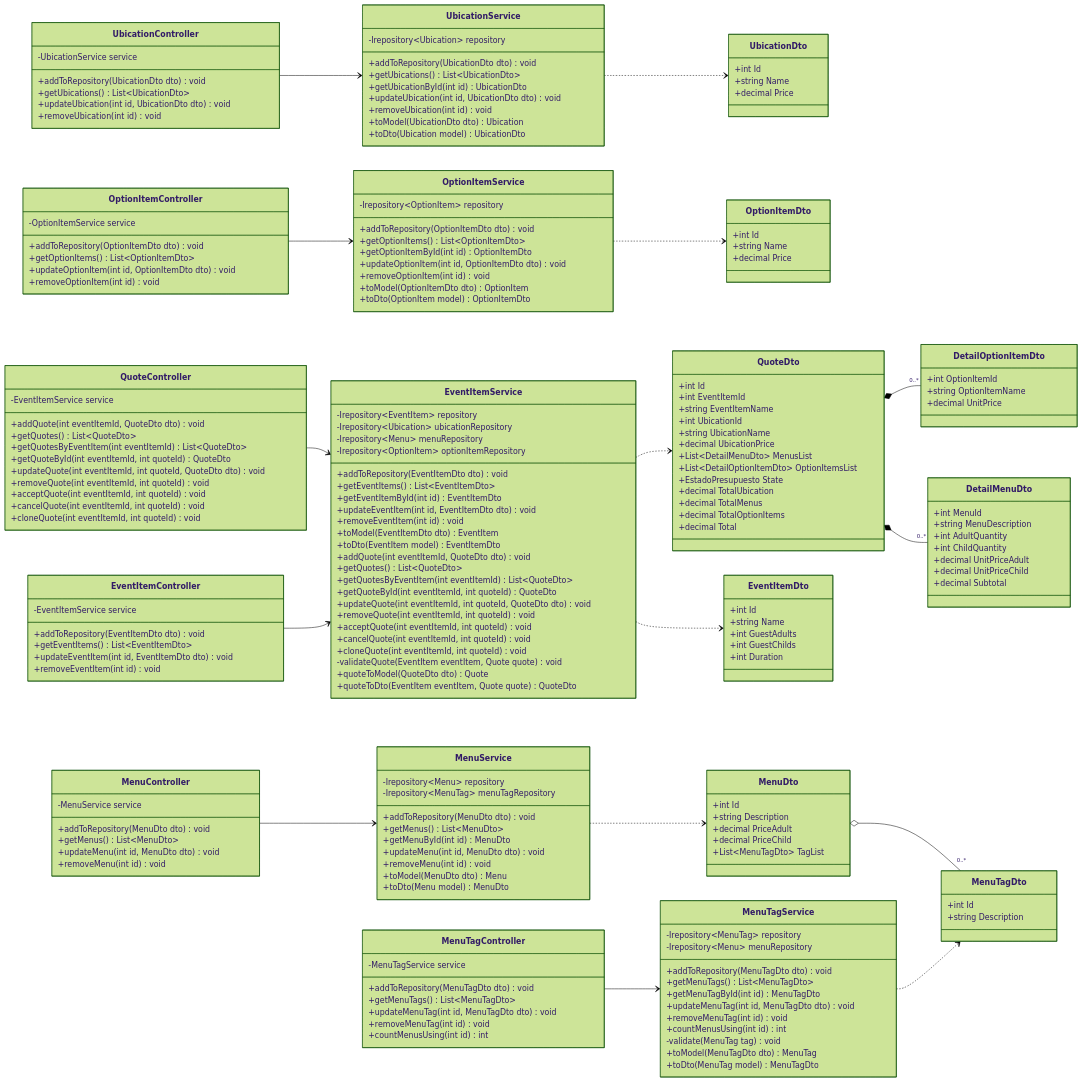
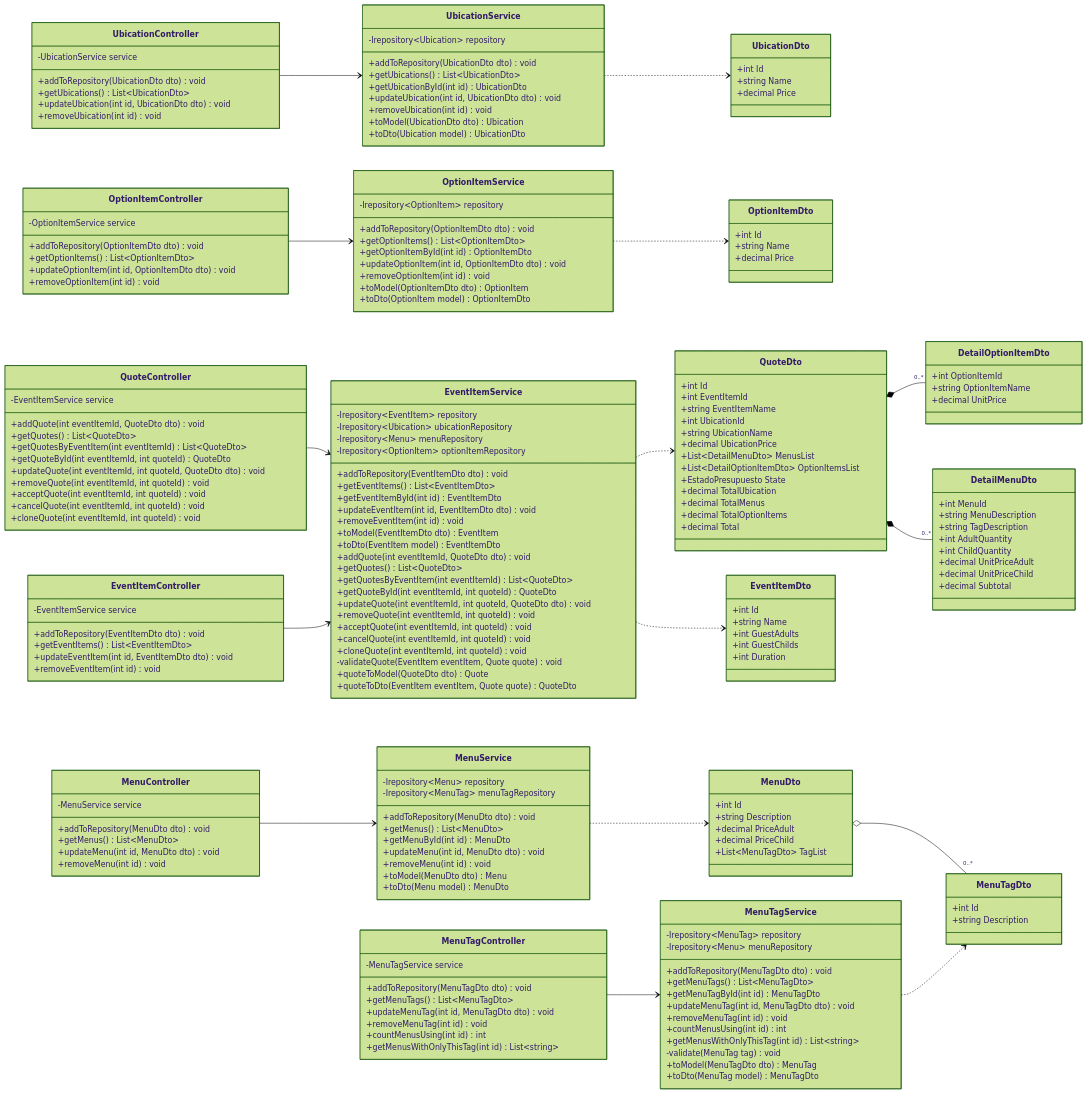
One commit to ArdanzaLucas/ProyectoGestionEventos changed the fourth of 6 diagrams in Docs/UML.md. Above: the diagram before and after it, drawn with Mermaid (forest theme). The commit also changed other lines of this file and 19 other files, not shown here.

```diff
--- a/Docs/UML.md
+++ b/Docs/UML.md
@@ -373,6 +384,7 @@
 class DetailMenuDto {
   +int MenuId
   +string MenuDescription
+  +string TagDescription
   +int AdultQuantity
   +int ChildQuantity
   +decimal UnitPriceAdult
@@ -422,6 +434,7 @@
   +updateMenuTag(int id, MenuTagDto dto) void
   +removeMenuTag(int id) void
   +countMenusUsing(int id) int
+  +getMenusWithOnlyThisTag(int id) List~string~
   -validate(MenuTag tag) void
   +toModel(MenuTagDto dto) MenuTag
   +toDto(MenuTag model) MenuTagDto
@@ -495,6 +508,7 @@
   +updateMenuTag(int id, MenuTagDto dto) void
   +removeMenuTag(int id) void
   +countMenusUsing(int id) int
+  +getMenusWithOnlyThisTag(int id) List~string~
 }
 class OptionItemController {
   -OptionItemService service
```
